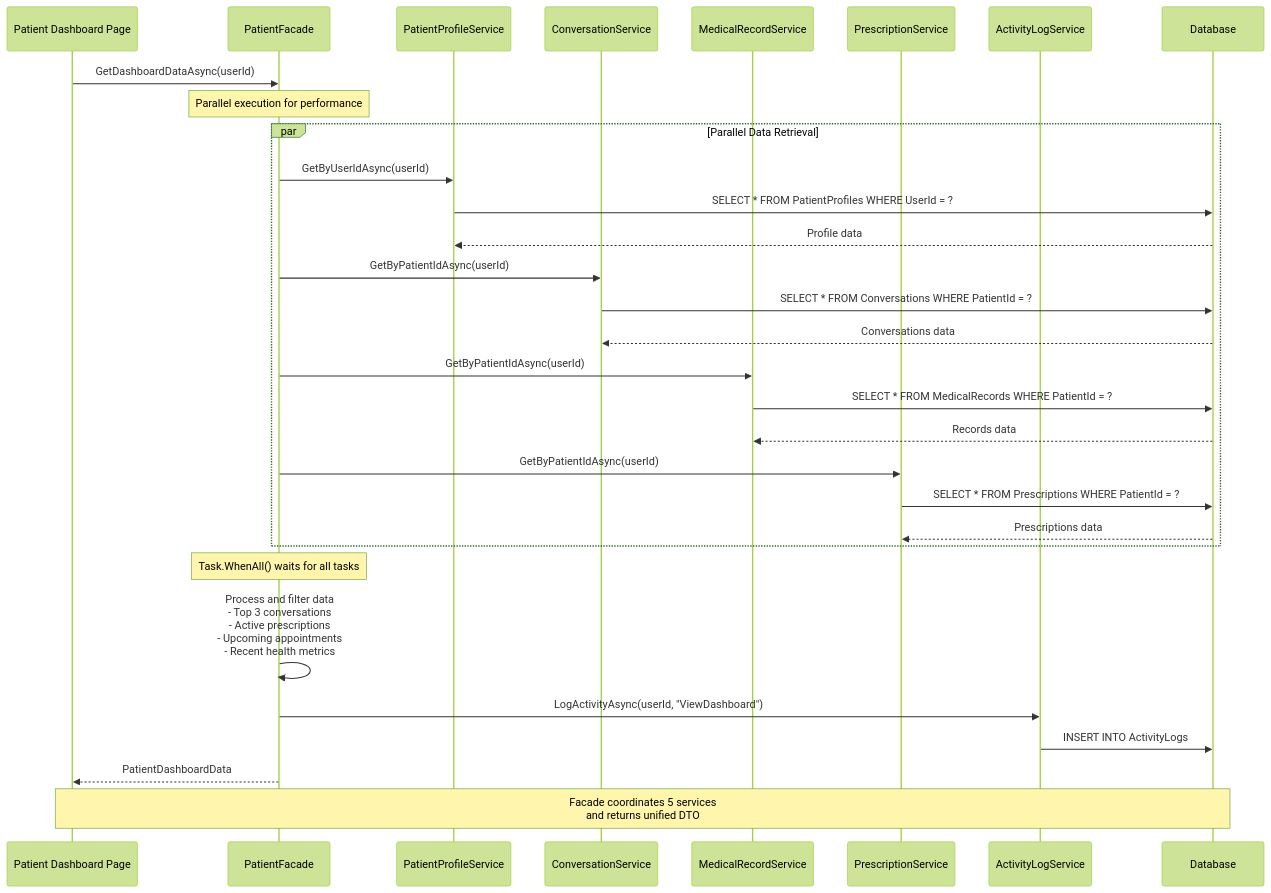
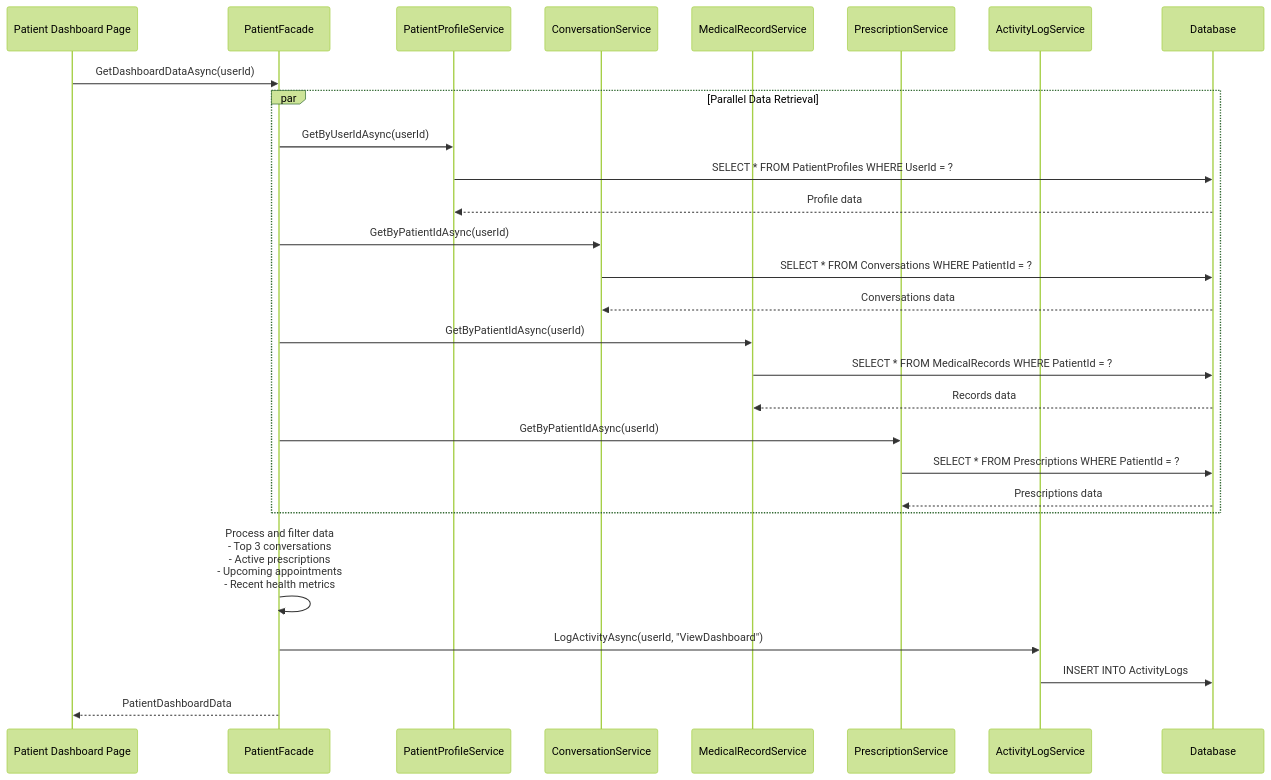
Before and after one commit to WeiXuan-C/ai-clinic: the fourth of 12 diagrams in DESIGN_PATTERNS_PROFESSIONAL.md, drawn with Mermaid (forest theme). The commit also changed other lines of this file, not shown here.

````diff
--- a/DESIGN_PATTERNS_PROFESSIONAL.md
+++ b/DESIGN_PATTERNS_PROFESSIONAL.md
@@ -393,44 +471,38 @@
 ```mermaid
 sequenceDiagram
     participant UI as Patient Dashboard Page
     participant Facade as PatientFacade
     participant ProfileSvc as PatientProfileService
     participant ConvSvc as ConversationService
     participant RecordSvc as MedicalRecordService
     participant PrescSvc as PrescriptionService
     participant LogSvc as ActivityLogService
     participant DB as Database
     
     UI->>Facade: GetDashboardDataAsync(userId)
-    
-    Note over Facade: Parallel execution for performance
     
     par Parallel Data Retrieval
         Facade->>ProfileSvc: GetByUserIdAsync(userId)
         ProfileSvc->>DB: SELECT * FROM PatientProfiles WHERE UserId = ?
         DB-->>ProfileSvc: Profile data
         
         Facade->>ConvSvc: GetByPatientIdAsync(userId)
         ConvSvc->>DB: SELECT * FROM Conversations WHERE PatientId = ?
         DB-->>ConvSvc: Conversations data
         
         Facade->>RecordSvc: GetByPatientIdAsync(userId)
         RecordSvc->>DB: SELECT * FROM MedicalRecords WHERE PatientId = ?
         DB-->>RecordSvc: Records data
         
         Facade->>PrescSvc: GetByPatientIdAsync(userId)
         PrescSvc->>DB: SELECT * FROM Prescriptions WHERE PatientId = ?
         DB-->>PrescSvc: Prescriptions data
     end
     
-    Note over Facade: Task.WhenAll() waits for all tasks
-    
     Facade->>Facade: Process and filter data<br/>- Top 3 conversations<br/>- Active prescriptions<br/>- Upcoming appointments<br/>- Recent health metrics
     
     Facade->>LogSvc: LogActivityAsync(userId, "ViewDashboard")
     LogSvc->>DB: INSERT INTO ActivityLogs
     
     Facade-->>UI: PatientDashboardData
-    
-    Note over UI,DB: Facade coordinates 5 services<br/>and returns unified DTO
 ```
````
